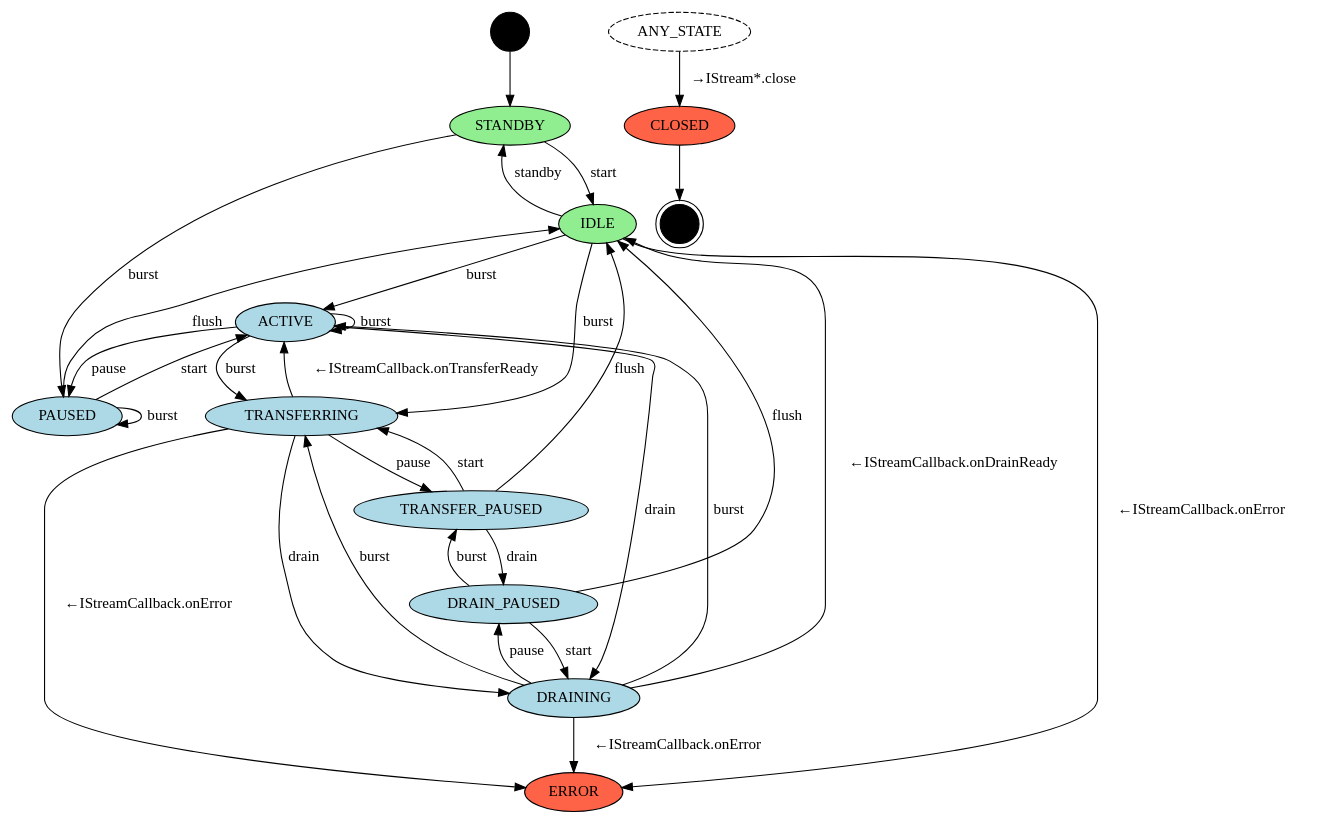
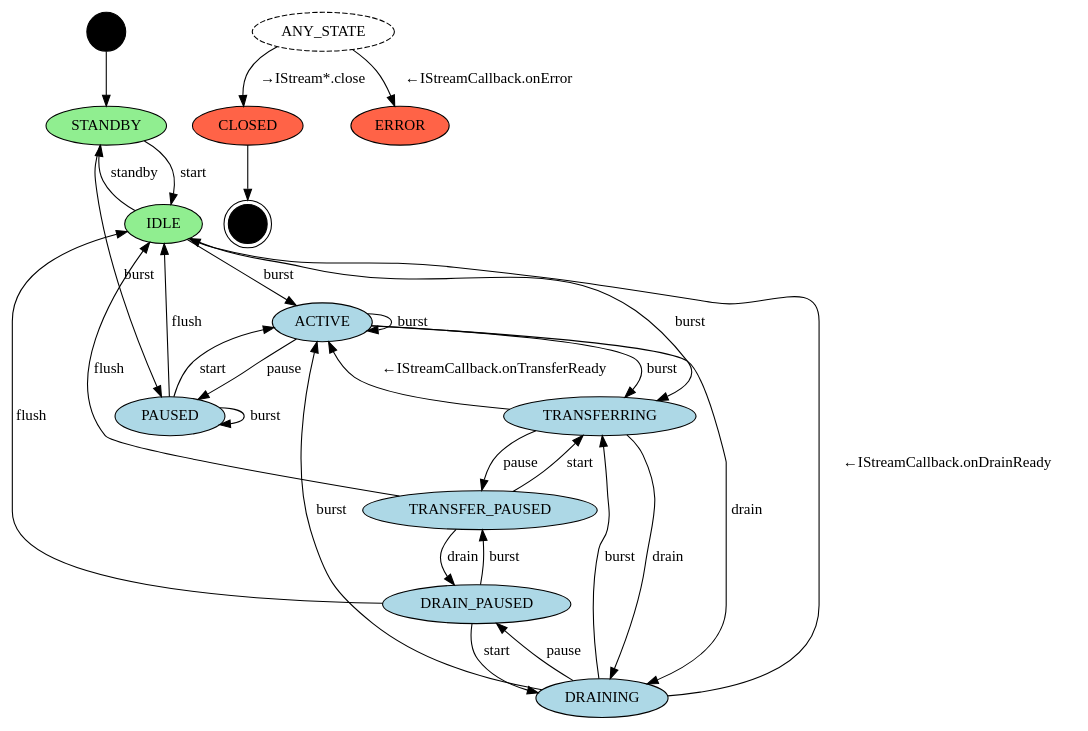
The diagram in audio/aidl/android/hardware/audio/core/stream-out-async-sm.gv (LineageOS/android_hardware_interfaces), drawn with Graphviz before and after one commit.

Commit message:
audio: Allow onError callback in any state
In practice, the AoC can crash while the stream is in
any state, thus this should be allowed for correct
handling of error conditions in the framework.

The list of states when `IStreamCallback.onError` can
be received is not enforced in VTS tests, thus no
test regressions are expected.

Bug: 339400414
Test: repro steps for simulating AoC crash in b/339400414

```diff
--- a/audio/aidl/android/hardware/audio/core/stream-out-async-sm.gv
+++ b/audio/aidl/android/hardware/audio/core/stream-out-async-sm.gv
@@ -1,59 +1,57 @@
 // Copyright (C) 2022 The Android Open Source Project
 //
 // Licensed under the Apache License, Version 2.0 (the "License");
 // you may not use this file except in compliance with the License.
 // You may obtain a copy of the License at
 //
 //      http://www.apache.org/licenses/LICENSE-2.0
 //
 // Unless required by applicable law or agreed to in writing, software
 // distributed under the License is distributed on an "AS IS" BASIS,
 // WITHOUT WARRANTIES OR CONDITIONS OF ANY KIND, either express or implied.
 // See the License for the specific language governing permissions and
 // limitations under the License.
 
 // To render: dot -Tpng stream-out-async-sm.gv -o stream-out-async-sm.png
 digraph stream_out_async_state_machine {
     node [shape=point style=filled fillcolor=black width=0.5] I;
     node [shape=doublecircle width=0.5] F;
     node [shape=oval width=1];
     node [fillcolor=lightgreen] STANDBY;  // buffer is empty
     node [fillcolor=lightgreen] IDLE;     // buffer is empty
     node [fillcolor=tomato] CLOSED;
     node [fillcolor=tomato] ERROR;
     node [style=dashed] ANY_STATE;
     node [fillcolor=lightblue style=filled];
     // Note that when the consumer (h/w) is passive, "burst" operations
     // complete synchronously, bypassing the TRANSFERRING state.
     I -> STANDBY;
     STANDBY -> IDLE [label="start"];                  // consumer -> active
     STANDBY -> PAUSED [label="burst"];                // producer -> active
     IDLE -> STANDBY [label="standby"];                // consumer -> passive
     IDLE -> TRANSFERRING [label="burst"];             // producer -> active
     IDLE -> ACTIVE [label="burst"];                   // full write
     ACTIVE -> PAUSED [label="pause"];                 // consumer -> passive (not consuming)
     ACTIVE -> DRAINING [label="drain"];               // producer -> passive
     ACTIVE -> TRANSFERRING [label="burst"];           // early unblocking
     ACTIVE -> ACTIVE [label="burst"];                 // full write
     TRANSFERRING -> ACTIVE [label="←IStreamCallback.onTransferReady"];
     TRANSFERRING -> TRANSFER_PAUSED [label="pause"];  // consumer -> passive (not consuming)
     TRANSFERRING -> DRAINING [label="drain"];         // producer -> passive
     TRANSFER_PAUSED -> TRANSFERRING [label="start"];  // consumer -> active
     TRANSFER_PAUSED -> DRAIN_PAUSED [label="drain"];  // producer -> passive
     TRANSFER_PAUSED -> IDLE [label="flush"];          // buffer is cleared
     PAUSED -> PAUSED [label="burst"];
     PAUSED -> ACTIVE [label="start"];                 // consumer -> active
     PAUSED -> IDLE [label="flush"];                   // producer -> passive, buffer is cleared
     DRAINING -> IDLE [label="←IStreamCallback.onDrainReady"];
     DRAINING -> TRANSFERRING [label="burst"];         // producer -> active
     DRAINING -> ACTIVE [label="burst"];               // full write
     DRAINING -> DRAIN_PAUSED [label="pause"];         // consumer -> passive (not consuming)
     DRAIN_PAUSED -> DRAINING [label="start"];         // consumer -> active
     DRAIN_PAUSED -> TRANSFER_PAUSED [label="burst"];  // producer -> active
     DRAIN_PAUSED -> IDLE [label="flush"];             // buffer is cleared
-    IDLE -> ERROR [label="←IStreamCallback.onError"];
-    DRAINING -> ERROR [label="←IStreamCallback.onError"];
-    TRANSFERRING -> ERROR [label="←IStreamCallback.onError"];
+    ANY_STATE -> ERROR [label="←IStreamCallback.onError"];
     ANY_STATE -> CLOSED [label="→IStream*.close"];
     CLOSED -> F;
 }
```
